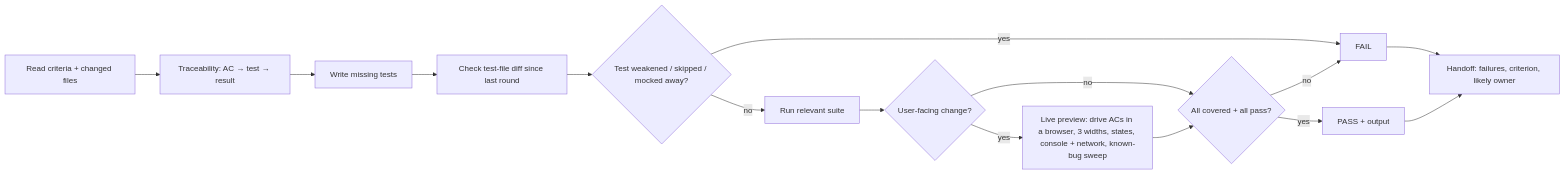
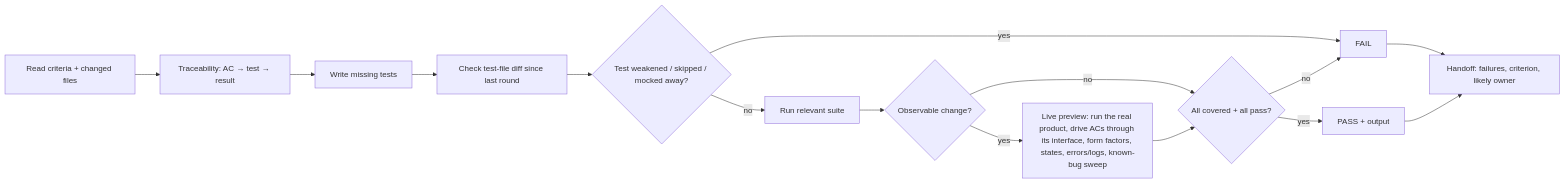
The diagram in agents/qa.md (Tuan-Quyen/technical-teams), drawn with Mermaid before and after one commit. The commit also changed other lines of this file and 19 other files, not shown here.

First line of the commit message:
Make live-preview cover every product type, not only web apps

````diff
--- a/agents/qa.md
+++ b/agents/qa.md
@@ -24,17 +24,17 @@
 ```mermaid
 flowchart LR
   A[Read criteria + changed files] --> B[Traceability: AC → test → result]
   B --> C[Write missing tests]
   C --> D[Check test-file diff since last round]
   D --> E{Test weakened / skipped / mocked away?}
   E -- yes --> F[FAIL]
   E -- no --> G[Run relevant suite]
-  G --> UI{User-facing change?}
-  UI -- yes --> LP[Live preview: drive ACs in a browser, 3 widths, states, console + network, known-bug sweep]
+  G --> UI{Observable change?}
+  UI -- yes --> LP[Live preview: run the real product, drive ACs through its interface, form factors, states, errors/logs, known-bug sweep]
   UI -- no --> H
   LP --> H{All covered + all pass?}
   H -- yes --> P[PASS + output]
   H -- no --> F
   F --> J[Handoff: failures, criterion, likely owner]
   P --> J
 ```
````
